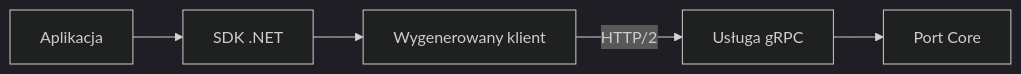
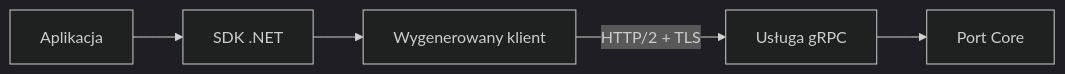
Before and after one commit to pq4u/RocketMQ: the diagram in docs/explanation/grpc-protobuf.md, drawn with Mermaid (dark theme). The commit also changed other lines of this file and 31 other files, not shown here.

```diff
--- a/docs/explanation/grpc-protobuf.md
+++ b/docs/explanation/grpc-protobuf.md
@@ -13,7 +13,7 @@
 ~~~mermaid
 flowchart LR
     APP[Aplikacja] --> SDK[SDK .NET]
     SDK --> STUB[Wygenerowany klient]
-    STUB -->|HTTP/2| SERVICE[Usługa gRPC]
+    STUB -->|HTTP/2 + TLS| SERVICE[Usługa gRPC]
     SERVICE --> CORE[Port Core]
 ~~~
```
